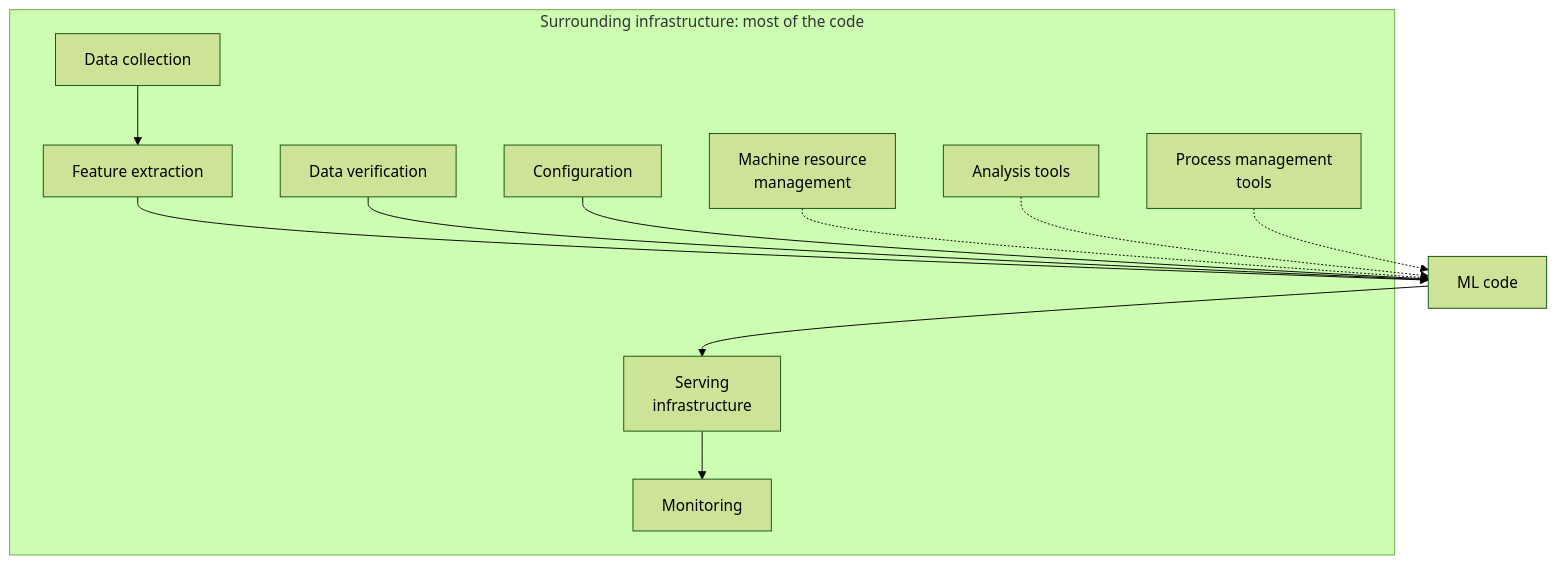
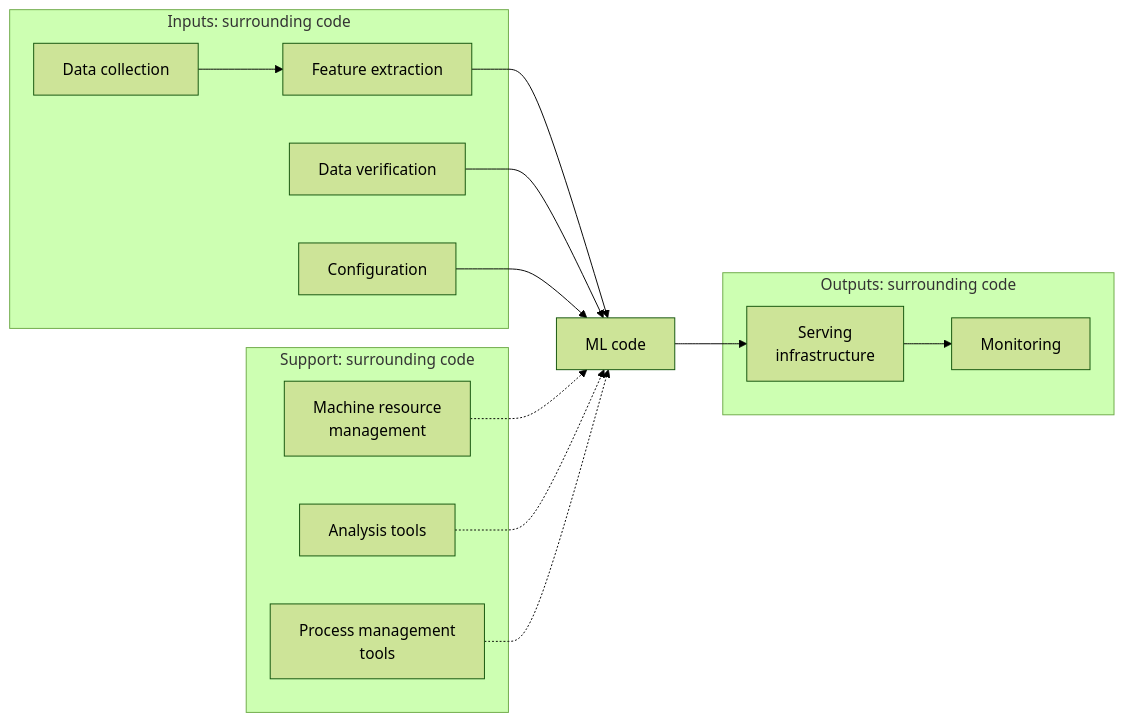
Before and after one commit to Sampath1-1-1/System-Design: the second of 14 diagrams in manuscript/book2-ml-ai/59-ml-lifecycle.md, drawn with Mermaid (forest theme).

Commit message:
WIP: snapshot of in-progress Chapter 59 draft
Claude-Session: https://claude.ai/code/session_01KD1PV4QYjXu36Gz9iKmJiD

````diff
--- a/manuscript/book2-ml-ai/59-ml-lifecycle.md
+++ b/manuscript/book2-ml-ai/59-ml-lifecycle.md
@@ -95,22 +95,24 @@
 ```mermaid
-flowchart TB
-  subgraph Surrounding["Surrounding infrastructure: most of the code"]
+flowchart LR
+  subgraph In["Inputs: surrounding code"]
+    DCOL[Data collection] --> FEX[Feature extraction]
+    DVER[Data verification]
     CFG[Configuration]
-    DCOL[Data collection]
-    FEX[Feature extraction]
-    DVER[Data verification]
+  end
+  subgraph Sup["Support: surrounding code"]
     RES[Machine resource<br/>management]
     ANA[Analysis tools]
     PM[Process management<br/>tools]
-    SRV[Serving<br/>infrastructure]
-    MON[Monitoring]
   end
   MLC["ML code"]
-  DCOL --> FEX --> MLC
+  subgraph Out["Outputs: surrounding code"]
+    SRV[Serving<br/>infrastructure] --> MON[Monitoring]
+  end
+  FEX --> MLC
   DVER --> MLC
   CFG --> MLC
-  MLC --> SRV --> MON
+  MLC --> SRV
   RES -.-> MLC
   ANA -.-> MLC
   PM -.-> MLC
 ```
````
